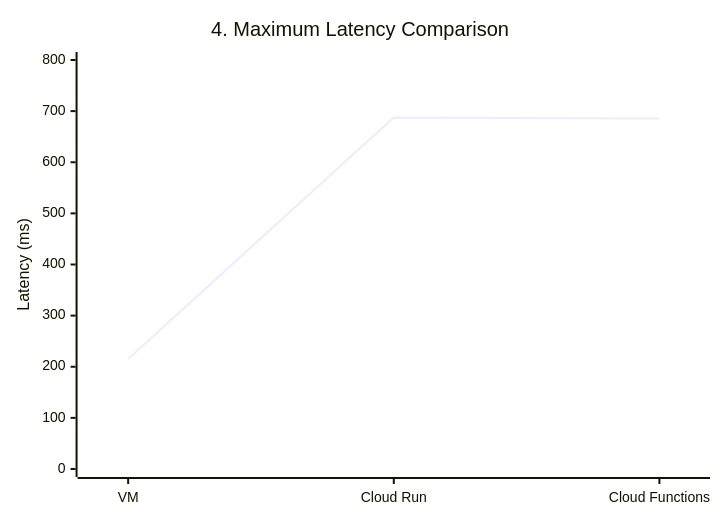
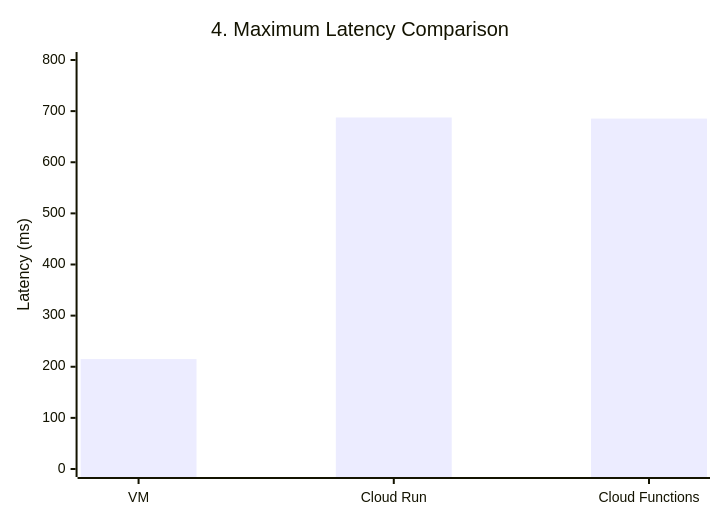
Before and after one commit to mshchukin/EURECOM-Clouds-Lab-2026: the fourth of 5 diagrams in submission/phase1_report.md, drawn with Mermaid. The commit also changed other lines of this file, not shown here.

Commit message:
Change latency graphs from line to bar charts

````diff
--- a/submission/phase1_report.md
+++ b/submission/phase1_report.md
@@ -51,7 +51,7 @@
 ```mermaid
 xychart-beta
     title "4. Maximum Latency Comparison"
     x-axis ["VM", "Cloud Run", "Cloud Functions"]
     y-axis "Latency (ms)" 0 --> 800
-    line "Max Latency" [215.0, 687.6, 685.4]
+    bar "Max Latency" [215.0, 687.6, 685.4]
 ```
````
